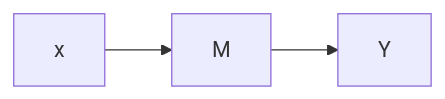
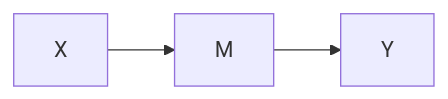
One commit to cobleg/CausalGraphs changed the second of 2 diagrams in Glossary.md. Above: the diagram before and after it, drawn with Mermaid. The commit also changed other lines of this file and 1 other file, not shown here.

````diff
--- a/Glossary.md
+++ b/Glossary.md
@@ -59,4 +58,4 @@
 ```mermaid
 graph LR;
-x --> M --> Y;
+X --> M --> Y;
 ```
````
